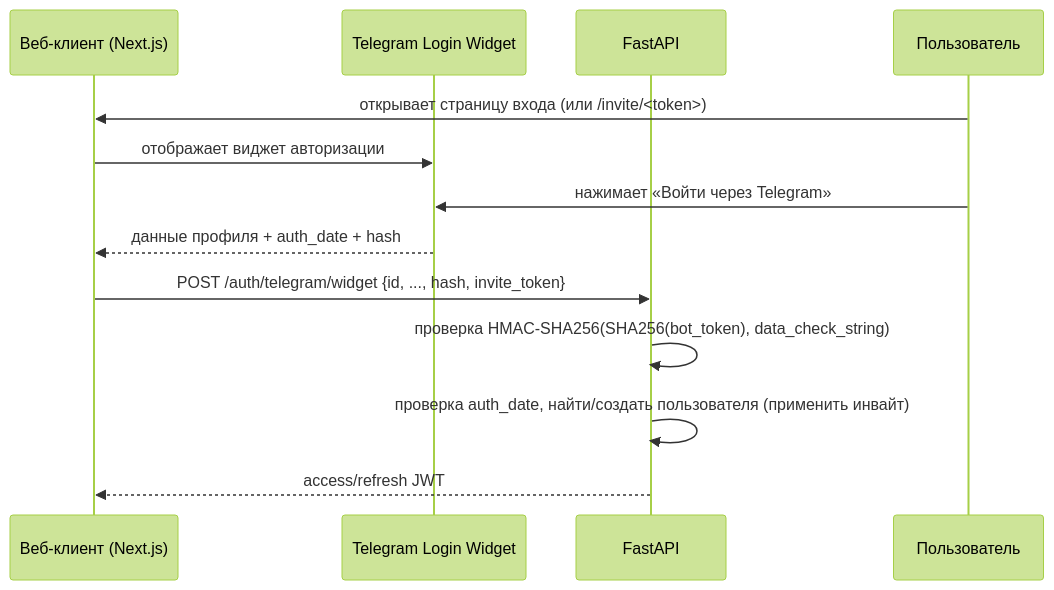
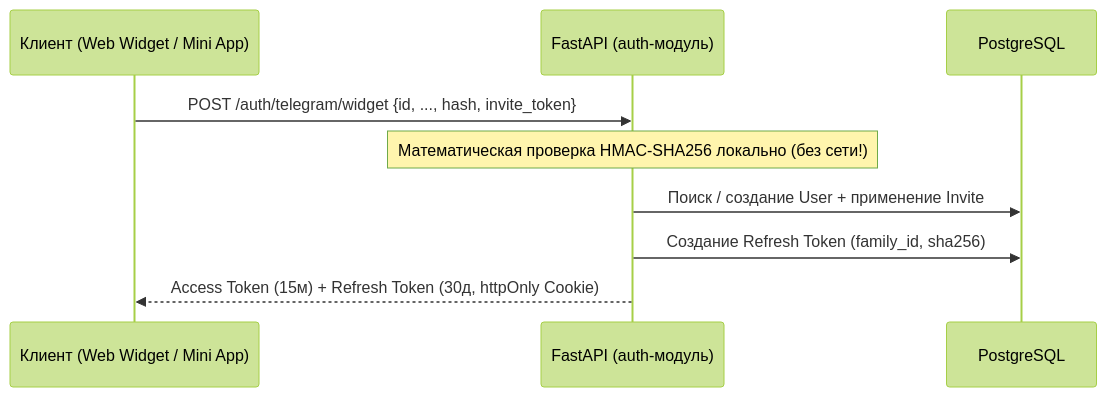
The second of 4 diagrams in docs/Task.md (Ivansups/Zeta), drawn with Mermaid (forest theme) before and after one commit. The commit also changed other lines of this file and 25 other files, not shown here.

First line of the commit message:
feat(auth): implement telegram auth, refresh token rotation, and invite system (#79)

````diff
--- a/docs/Task.md
+++ b/docs/Task.md
@@ -87,16 +215,12 @@
 ```mermaid
 sequenceDiagram
-    participant C as Веб-клиент (Next.js)
-    participant TG as Telegram Login Widget
-    participant BE as FastAPI
-    participant U as Пользователь
+    participant C as Клиент (Web Widget / Mini App)
+    participant BE as FastAPI (auth-модуль)
+    participant DB as PostgreSQL
 
-    U->>C: открывает страницу входа (или /invite/<token>)
-    C->>TG: отображает виджет авторизации
-    U->>TG: нажимает «Войти через Telegram»
-    TG-->>C: данные профиля + auth_date + hash
     C->>BE: POST /auth/telegram/widget {id, ..., hash, invite_token}
-    BE->>BE: проверка HMAC-SHA256(SHA256(bot_token), data_check_string)
-    BE->>BE: проверка auth_date, найти/создать пользователя (применить инвайт)
-    BE-->>C: access/refresh JWT
+    Note over BE: Математическая проверка HMAC-SHA256 локально (без сети!)
+    BE->>DB: Поиск / создание User + применение Invite
+    BE->>DB: Создание Refresh Token (family_id, sha256)
+    BE-->>C: Access Token (15м) + Refresh Token (30д, httpOnly Cookie)
 ```
````
